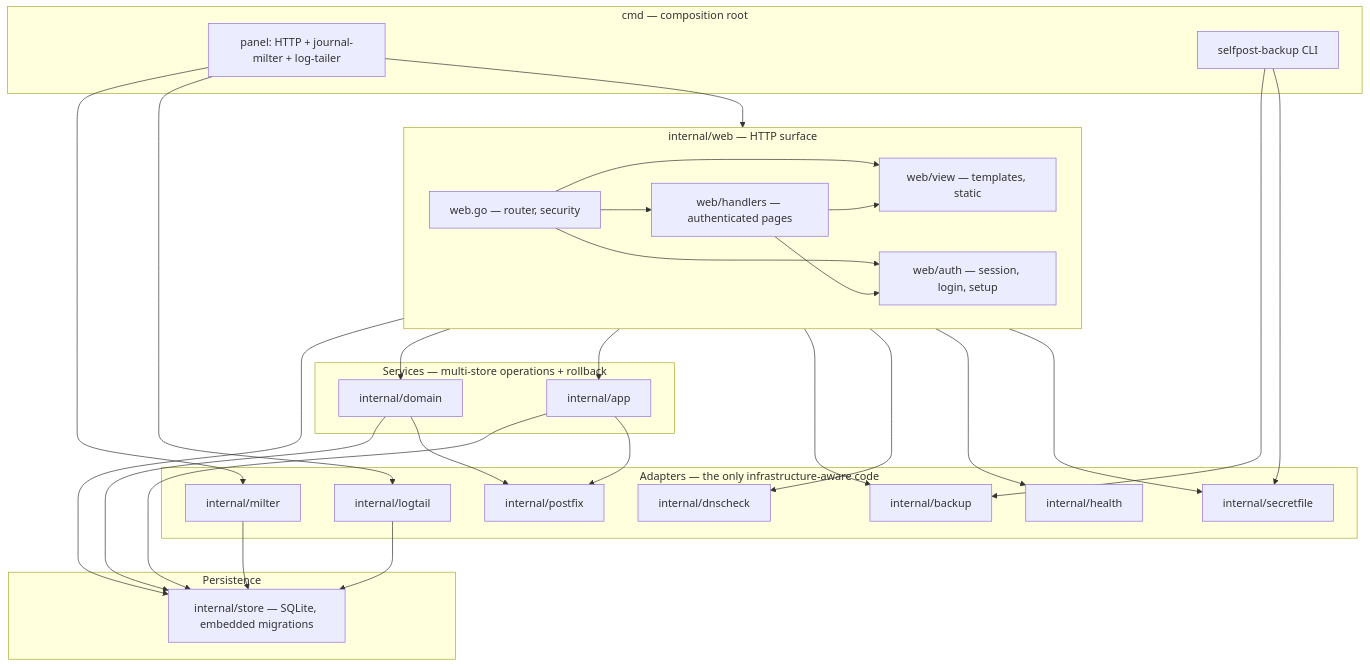
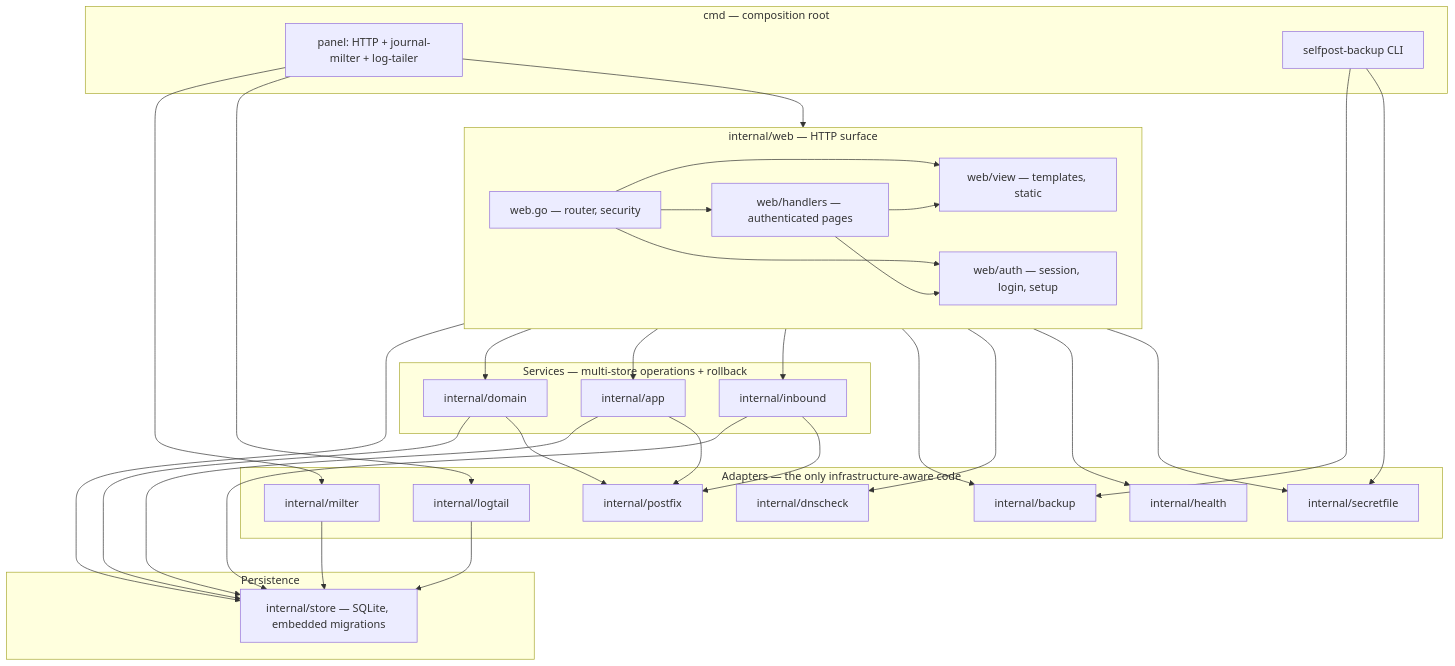
The diagram in docs/architecture.md (mixeme/selfpost), drawn with Mermaid before and after one commit. The commit also changed other lines of this file and 48 other files, not shown here.

````diff
--- a/docs/architecture.md
+++ b/docs/architecture.md
@@ -234,52 +253,56 @@
 ```mermaid
 flowchart TB
   subgraph cmd ["cmd — composition root"]
     panel["panel: HTTP + journal-milter + log-tailer"]
     backupcli["selfpost-backup CLI"]
   end
   subgraph web ["internal/web — HTTP surface"]
     webRoot["web.go — router, security"]
     viewPkg["web/view — templates, static"]
     authPkg["web/auth — session, login, setup"]
     handlersPkg["web/handlers — authenticated pages"]
     webRoot --> viewPkg
     webRoot --> authPkg
     webRoot --> handlersPkg
     handlersPkg --> authPkg
     handlersPkg --> viewPkg
   end
   subgraph services ["Services — multi-store operations + rollback"]
     domainSvc["internal/domain"]
     appSvc["internal/app"]
+    inboundSvc["internal/inbound"]
   end
   subgraph persistence ["Persistence"]
     store["internal/store — SQLite, embedded migrations"]
   end
   subgraph adapters ["Adapters — the only infrastructure-aware code"]
     postfix["internal/postfix"]
     milterPkg["internal/milter"]
     logtail["internal/logtail"]
     dnscheck["internal/dnscheck"]
     backupPkg["internal/backup"]
     health["internal/health"]
     secretfile["internal/secretfile"]
   end
   panel --> web
   panel --> milterPkg
   panel --> logtail
   backupcli --> backupPkg
   backupcli --> secretfile
   web --> store
   web --> domainSvc
   web --> appSvc
+  web --> inboundSvc
   web --> backupPkg
   web --> dnscheck
   web --> health
   web --> secretfile
   domainSvc --> store
   appSvc --> store
+  inboundSvc --> store
   milterPkg --> store
   logtail --> store
   domainSvc --> postfix
   appSvc --> postfix
+  inboundSvc --> postfix
 ```
````
